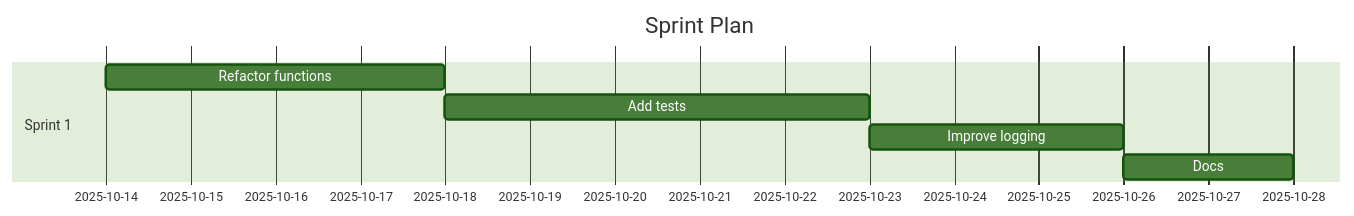
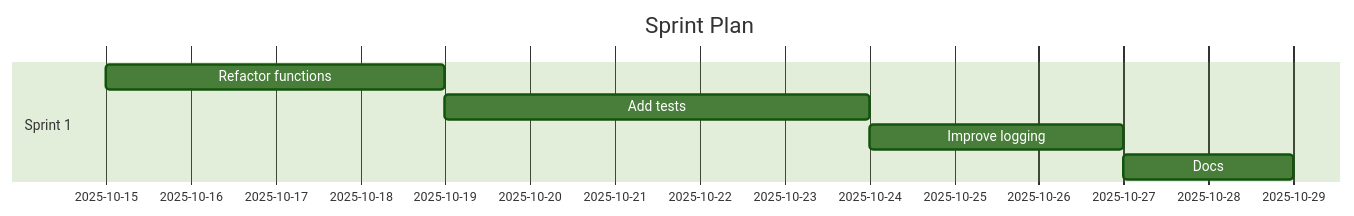
The diagram in demos/demo-code-analysis.sprint.md (Anselmoo/mcp-ai-agent-guidelines), drawn with Mermaid (forest theme) before and after one commit. The commit also changed other lines of this file and 12 other files, not shown here.

````diff
--- a/demos/demo-code-analysis.sprint.md
+++ b/demos/demo-code-analysis.sprint.md
@@ -59,11 +59,11 @@
 ```mermaid
 gantt
 	dateFormat  YYYY-MM-DD
 	title Sprint Plan
 %% Accessibility: Title=Project Sprint Plan; Description=Gantt chart of sprints and tasks over time. %%
   section Sprint 1
-  Refactor functions :s1t0, 2025-10-14, 4d
-  Add tests :s1t1, 2025-10-18, 5d
-  Improve logging :s1t2, 2025-10-23, 3d
-  Docs :s1t3, 2025-10-26, 2d
+  Refactor functions :s1t0, 2025-10-15, 4d
+  Add tests :s1t1, 2025-10-19, 5d
+  Improve logging :s1t2, 2025-10-24, 3d
+  Docs :s1t3, 2025-10-27, 2d
 ```
````
